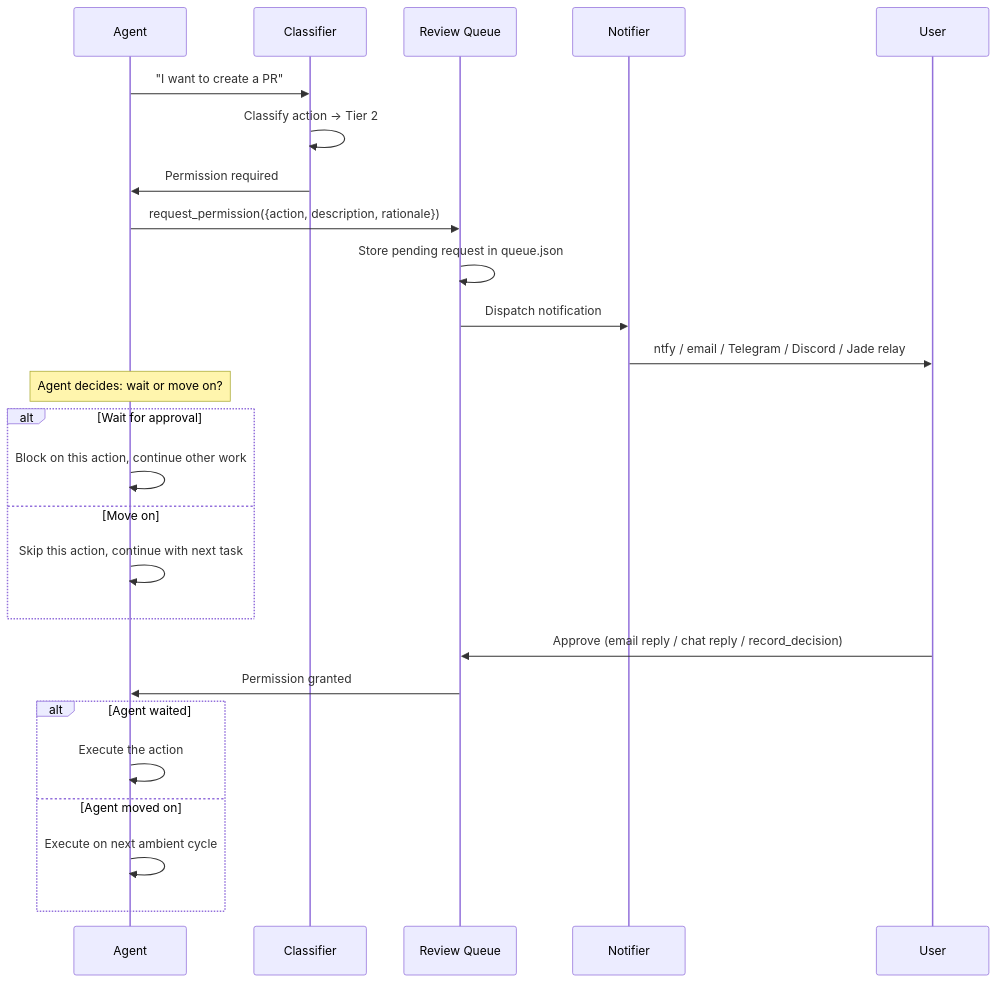
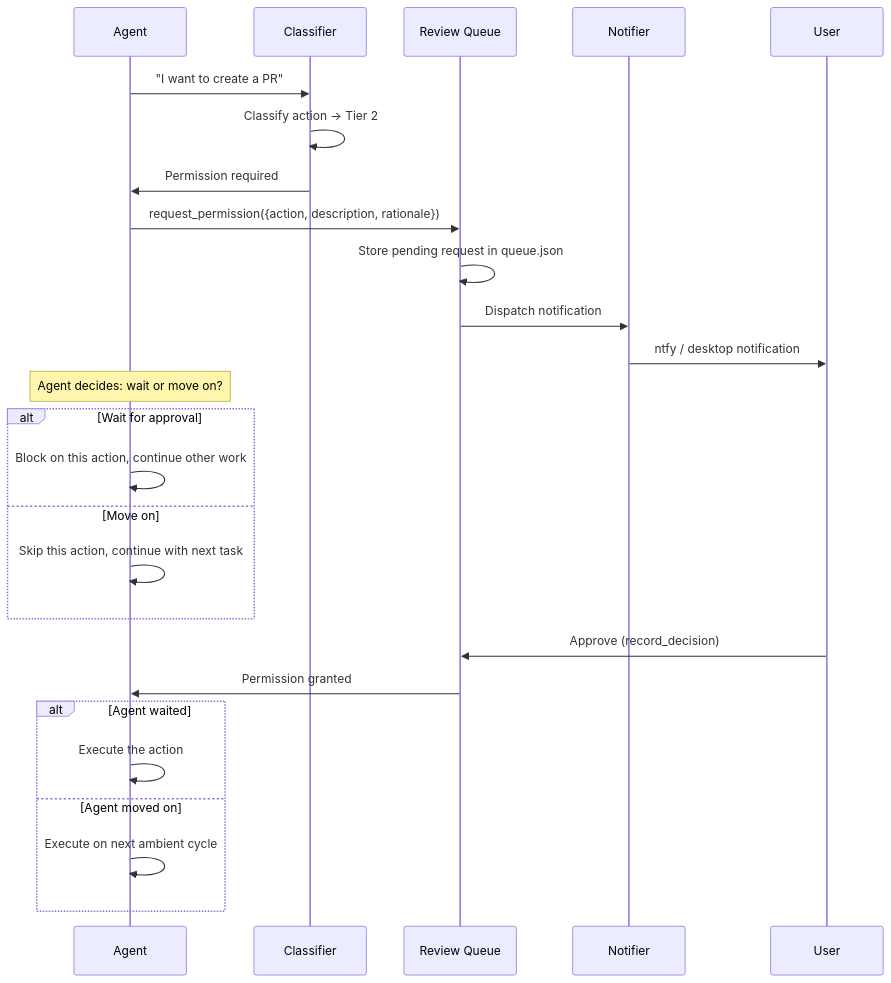
The second of 3 diagrams in docs/safety/SAFETY.md (horon-ai/agent), drawn with Mermaid before and after one commit. The commit also changed other lines of this file and 36 other files, not shown here.

Commit message:
refactor(notifications): remove messenger channels, email, and jade relay

````diff
--- a/docs/safety/SAFETY.md
+++ b/docs/safety/SAFETY.md
@@ -176,34 +156,34 @@
 ```mermaid
 sequenceDiagram
     participant AG as Agent
     participant CL as Classifier
     participant RQ as Review Queue
     participant NF as Notifier
     participant US as User
 
     AG->>CL: "I want to create a PR"
     CL->>CL: Classify action → Tier 2
     CL->>AG: Permission required
 
     AG->>RQ: request_permission({action, description, rationale})
     RQ->>RQ: Store pending request in queue.json
     RQ->>NF: Dispatch notification
 
-    NF->>US: ntfy / email / Telegram / Discord / Jade relay
+    NF->>US: ntfy / desktop notification
 
     Note over AG: Agent decides: wait or move on?
     alt Wait for approval
         AG->>AG: Block on this action, continue other work
     else Move on
         AG->>AG: Skip this action, continue with next task
     end
 
-    US->>RQ: Approve (email reply / chat reply / record_decision)
+    US->>RQ: Approve (record_decision)
     RQ->>AG: Permission granted
 
     alt Agent waited
         AG->>AG: Execute the action
     else Agent moved on
         AG->>AG: Execute on next ambient cycle
     end
 ```
````
